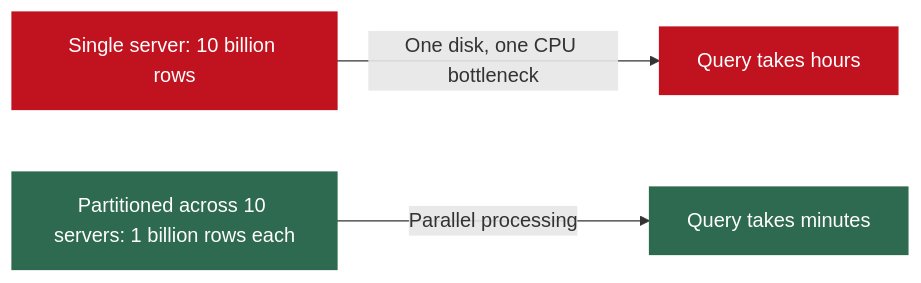
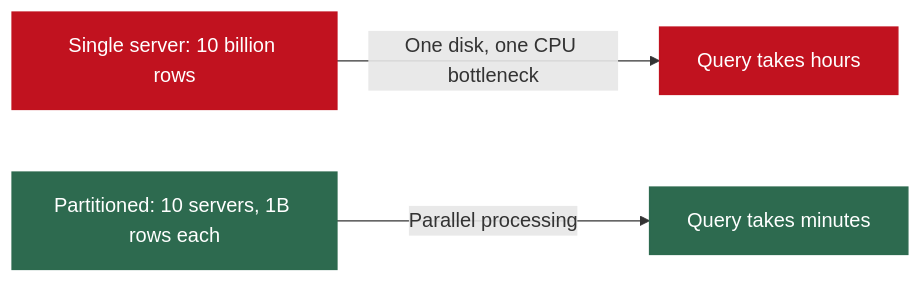
One commit to MuhammadTahaNasir/Big-Data-Analytics-Notes changed the first of 16 diagrams in Week3/Lecture3_Partitioning_Sharding_Caching_QueryOpt.md. Above: the diagram before and after it, drawn with Mermaid. The commit also changed other lines of this file, not shown here.

````diff
--- a/Week3/Lecture3_Partitioning_Sharding_Caching_QueryOpt.md
+++ b/Week3/Lecture3_Partitioning_Sharding_Caching_QueryOpt.md
@@ -26,10 +26,10 @@
 ```mermaid
 flowchart LR
     SINGLE[Single server: 10 billion rows] -->|One disk, one CPU bottleneck| SLOW[Query takes hours]
-    PART[Partitioned across 10 servers: 1 billion rows each] -->|Parallel processing| FAST[Query takes minutes]
+    PART[Partitioned: 10 servers, 1B rows each] -->|Parallel processing| FAST[Query takes minutes]
 
     style SINGLE fill:#c1121f,color:#fff,stroke:#c1121f
     style SLOW fill:#c1121f,color:#fff,stroke:#c1121f
     style PART fill:#2d6a4f,color:#fff,stroke:#2d6a4f
     style FAST fill:#2d6a4f,color:#fff,stroke:#2d6a4f
 ```
````
